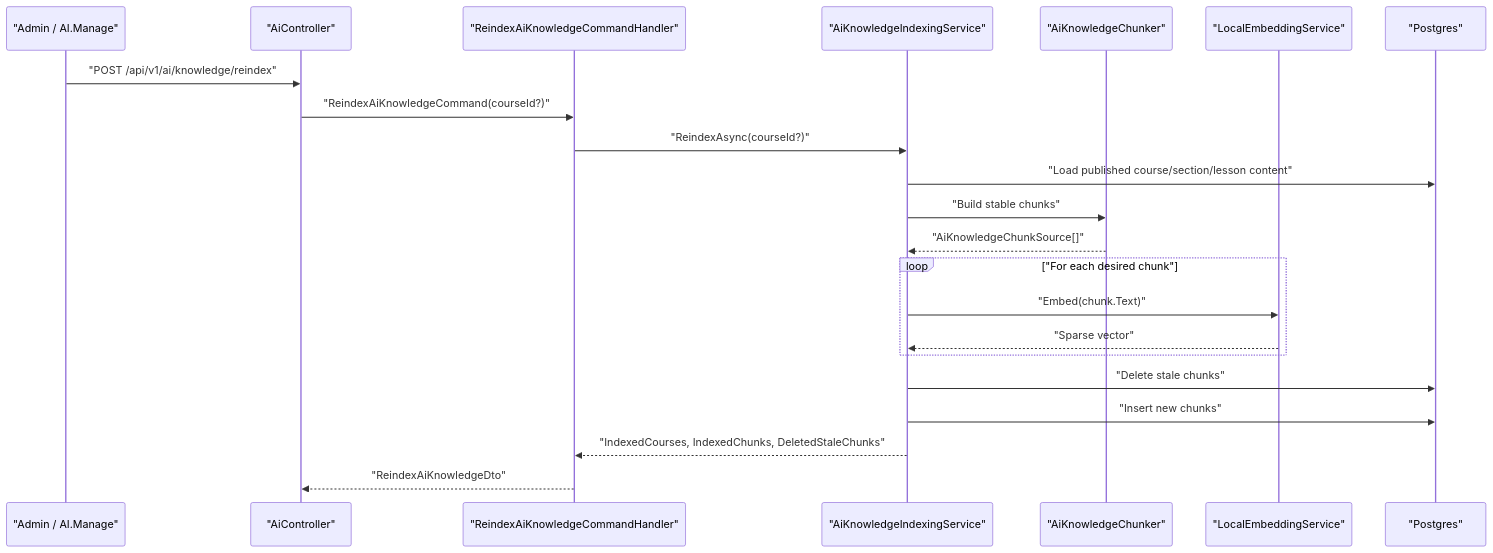
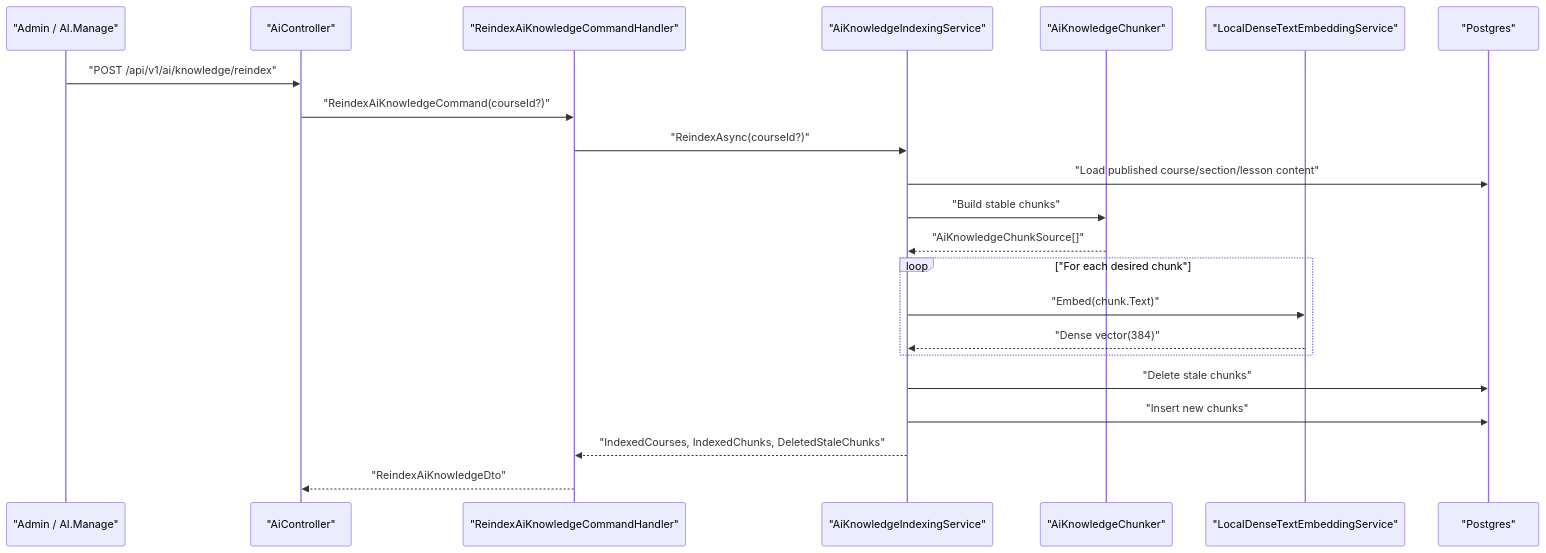
One commit to caiquangtung/ELearning changed the fifth of 7 diagrams in docs/ai-architecture.md. Above: the diagram before and after it, drawn with Mermaid. The commit also changed other lines of this file and 9 other files, not shown here.

````diff
--- a/docs/ai-architecture.md
+++ b/docs/ai-architecture.md
@@ -254,25 +259,25 @@
 ```mermaid
 sequenceDiagram
     participant Admin as "Admin / AI.Manage"
     participant API as "AiController"
     participant Handler as "ReindexAiKnowledgeCommandHandler"
     participant Indexer as "AiKnowledgeIndexingService"
     participant Chunker as "AiKnowledgeChunker"
-    participant Embedding as "LocalEmbeddingService"
+    participant Embedding as "LocalDenseTextEmbeddingService"
     participant DB as "Postgres"
 
     Admin->>API: "POST /api/v1/ai/knowledge/reindex"
     API->>Handler: "ReindexAiKnowledgeCommand(courseId?)"
     Handler->>Indexer: "ReindexAsync(courseId?)"
     Indexer->>DB: "Load published course/section/lesson content"
     Indexer->>Chunker: "Build stable chunks"
     Chunker-->>Indexer: "AiKnowledgeChunkSource[]"
     loop "For each desired chunk"
         Indexer->>Embedding: "Embed(chunk.Text)"
-        Embedding-->>Indexer: "Sparse vector"
+        Embedding-->>Indexer: "Dense vector(384)"
     end
     Indexer->>DB: "Delete stale chunks"
     Indexer->>DB: "Insert new chunks"
     Indexer-->>Handler: "IndexedCourses, IndexedChunks, DeletedStaleChunks"
     Handler-->>API: "ReindexAiKnowledgeDto"
 ```
````
